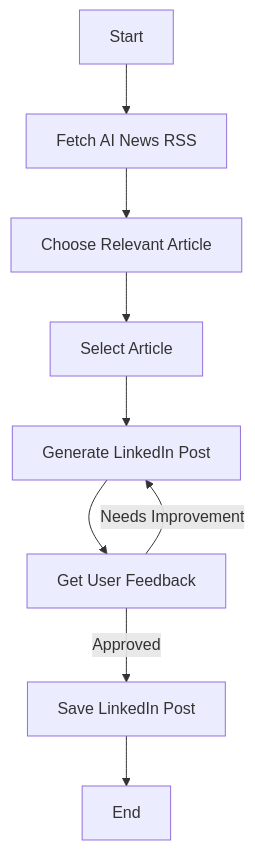
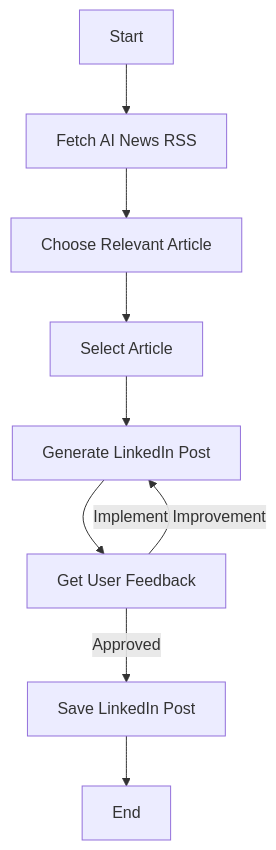
One commit to julhaas91/langgraph-linkedin-rss-post-generator-backend changed the diagram in README.md. Above: the diagram before and after it, drawn with Mermaid. The commit also changed other lines of this file and 4 other files, not shown here.

````diff
--- a/README.md
+++ b/README.md
@@ -23,11 +23,11 @@
 ```mermaid
 graph TD
     A[Start] --> B[Fetch AI News RSS]
     B --> C[Choose Relevant Article]
     C --> D[Select Article]
     D --> E[Generate LinkedIn Post]
     E --> F[Get User Feedback]
-    F -->|Needs Improvement| E
+    F -->|Implement Improvement| E
     F -->|Approved| G[Save LinkedIn Post]
     G --> H[End]
 ```
````
